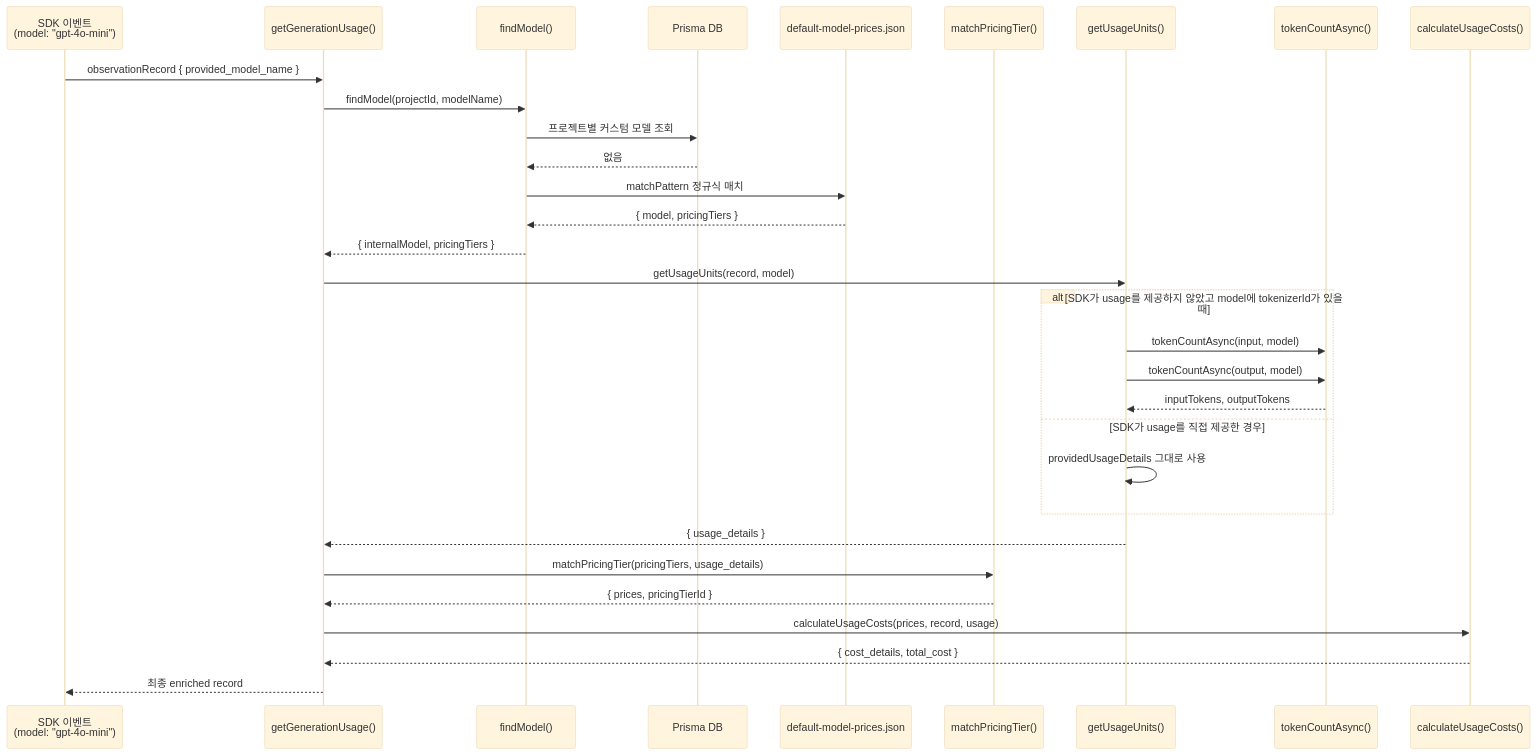
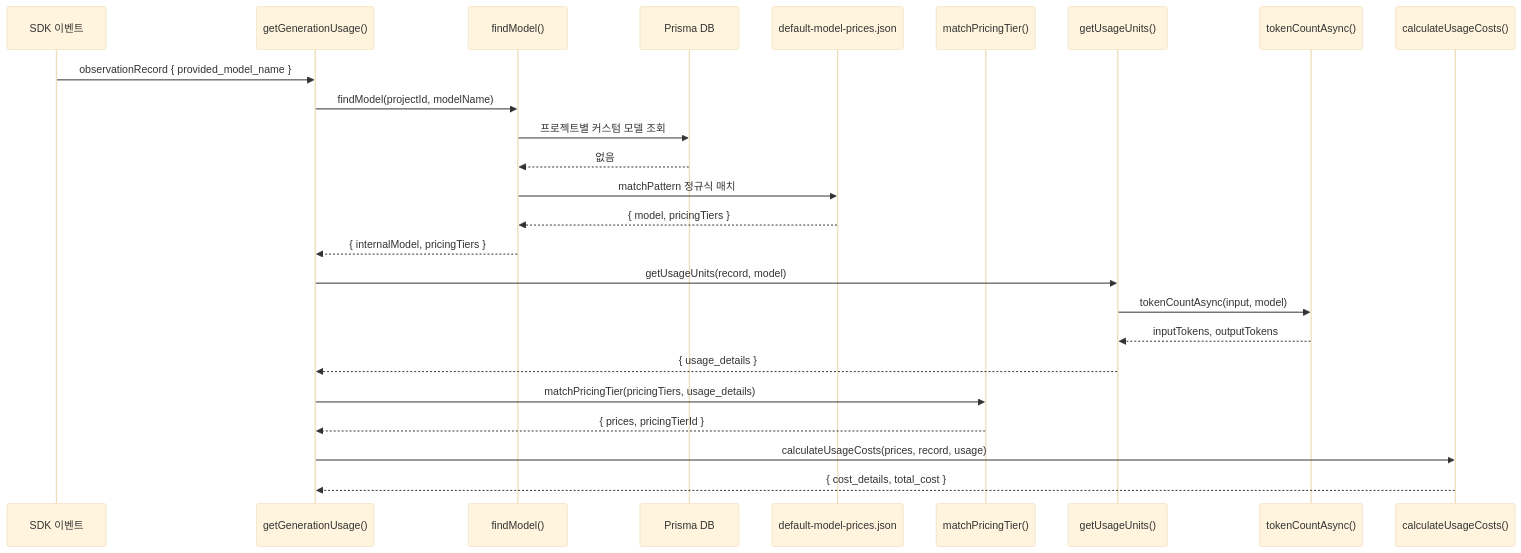
Before and after one commit to dhs-shine/langfuse: the fourth of 5 diagrams in docs/50-source-analysis/13-customization-source-breakdown.md, drawn with Mermaid (base theme). The commit also changed other lines of this file and 11 other files, not shown here.

Commit message:
docs: update and standardize architecture and source analysis documentation

````diff
--- a/docs/50-source-analysis/13-customization-source-breakdown.md
+++ b/docs/50-source-analysis/13-customization-source-breakdown.md
@@ -174,40 +183,28 @@
 ```mermaid
 sequenceDiagram
-    participant Event as SDK 이벤트<br/>(model: "gpt-4o-mini")
+    participant Event as SDK 이벤트
     participant GU as getGenerationUsage()
     participant FM as findModel()
     participant Prisma as Prisma DB
     participant JSON as default-model-prices.json
     participant MPT as matchPricingTier()
     participant GUU as getUsageUnits()
     participant Token as tokenCountAsync()
     participant Calc as calculateUsageCosts()
 
     Event->>GU: observationRecord { provided_model_name }
-
     GU->>FM: findModel(projectId, modelName)
     FM->>Prisma: 프로젝트별 커스텀 모델 조회
     Prisma-->>FM: 없음
-
     FM->>JSON: matchPattern 정규식 매치
     JSON-->>FM: { model, pricingTiers }
     FM-->>GU: { internalModel, pricingTiers }
-
     GU->>GUU: getUsageUnits(record, model)
-    alt SDK가 usage를 제공하지 않았고 model에 tokenizerId가 있을 때
-        GUU->>Token: tokenCountAsync(input, model)
-        GUU->>Token: tokenCountAsync(output, model)
-        Token-->>GUU: inputTokens, outputTokens
-    else SDK가 usage를 직접 제공한 경우
-        GUU->>GUU: providedUsageDetails 그대로 사용
-    end
+    GUU->>Token: tokenCountAsync(input, model)
+    Token-->>GUU: inputTokens, outputTokens
     GUU-->>GU: { usage_details }
-
     GU->>MPT: matchPricingTier(pricingTiers, usage_details)
     MPT-->>GU: { prices, pricingTierId }
-
     GU->>Calc: calculateUsageCosts(prices, record, usage)
     Calc-->>GU: { cost_details, total_cost }
-
-    GU-->>Event: 최종 enriched record
 ```
````
